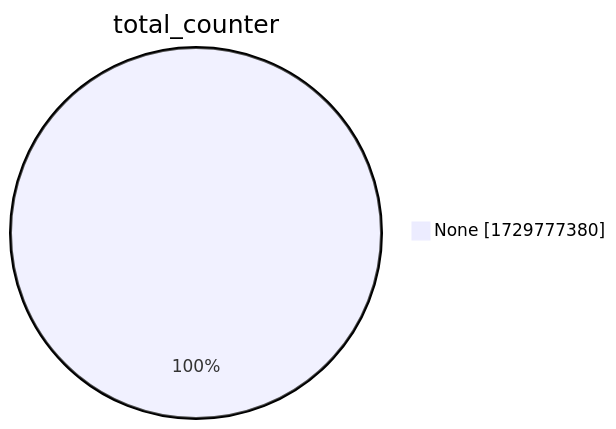
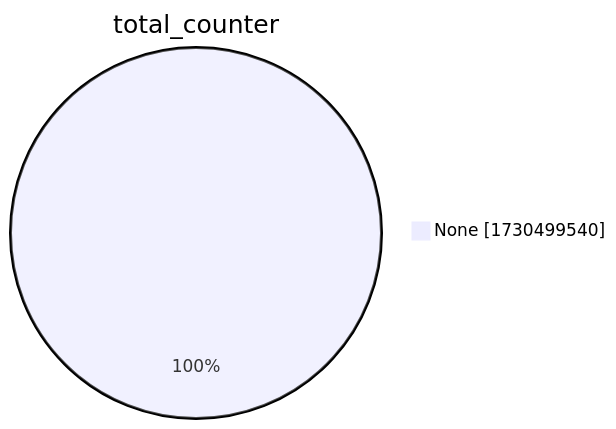
The second of 15 diagrams in xenon2022/README.md (christiankrug/ctmonitor_visualization), drawn with Mermaid before and after one commit. The commit also changed other lines of this file, not shown here.

````diff
--- a/xenon2022/README.md
+++ b/xenon2022/README.md
@@ -9,5 +9,5 @@
 ```mermaid
 pie showData
 title total_counter
-"None" :1729777380
+"None" :1730499540
 ```
````
